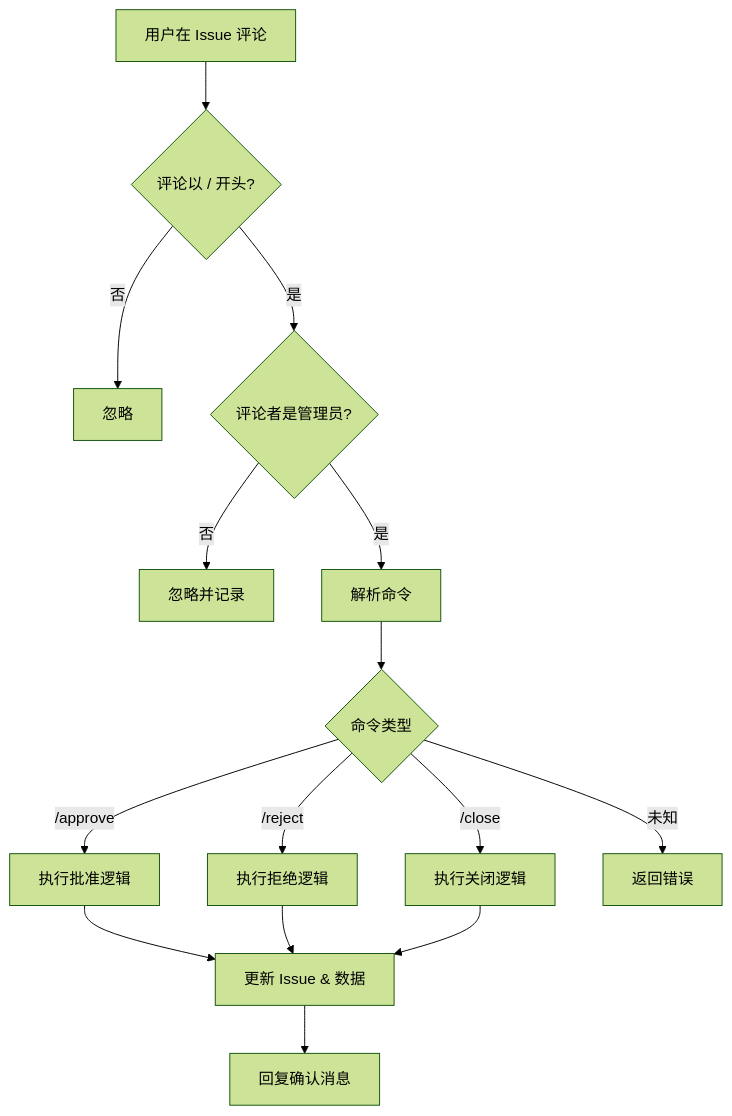
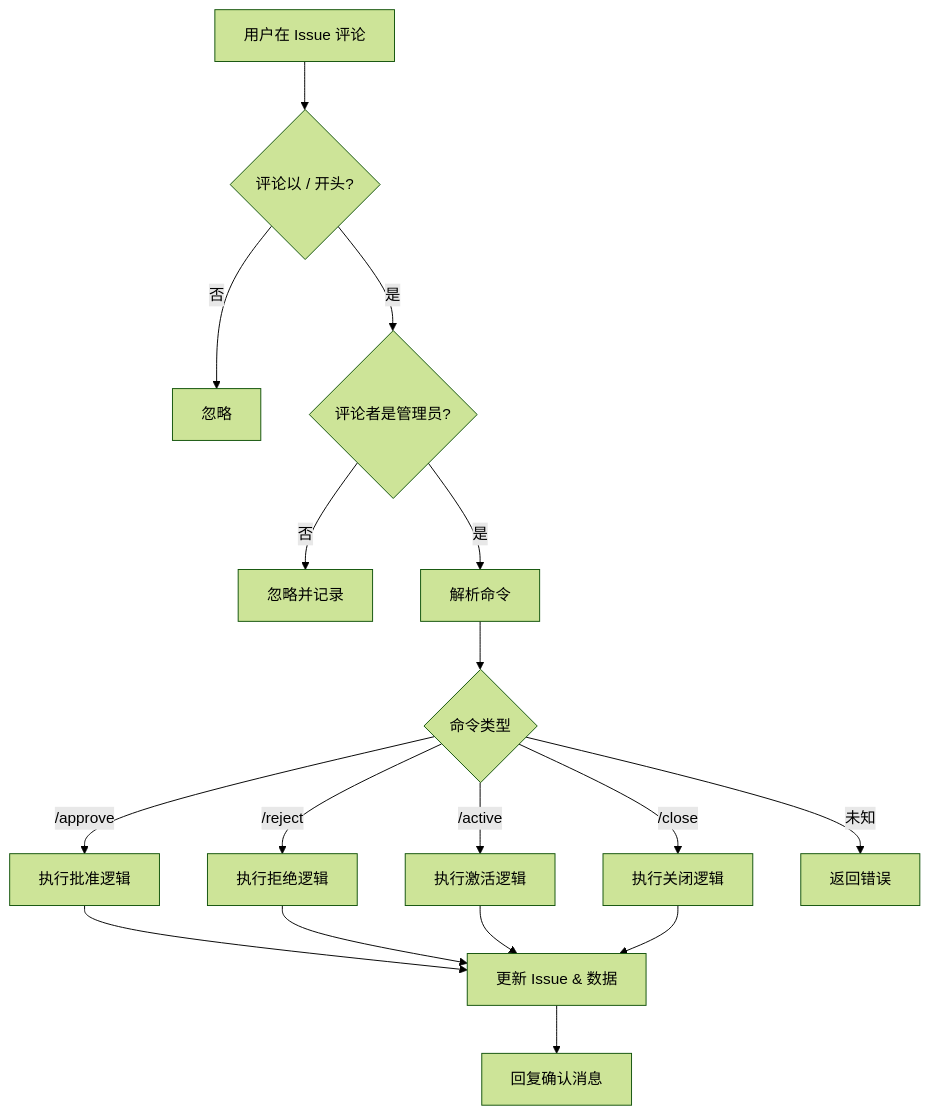
The diagram in docs/chatops_commands.md (ACG-Q/hubNavigator), drawn with Mermaid (forest theme) before and after one commit. The commit also changed other lines of this file and 4 other files, not shown here.

````diff
--- a/docs/chatops_commands.md
+++ b/docs/chatops_commands.md
@@ -90,17 +110,19 @@
 ```mermaid
 graph TD
     A[用户在 Issue 评论] --> B{评论以 / 开头?}
     B -->|否| C[忽略]
     B -->|是| D{评论者是管理员?}
     D -->|否| E[忽略并记录]
     D -->|是| F[解析命令]
     F --> G{命令类型}
     G -->|/approve| H[执行批准逻辑]
     G -->|/reject| I[执行拒绝逻辑]
+    G -->|/active| P[执行激活逻辑]
     G -->|/close| J[执行关闭逻辑]
     G -->|未知| K[返回错误]
     H --> L[更新 Issue & 数据]
     I --> L
+    P --> L
     J --> L
     L --> M[回复确认消息]
 ```
````
